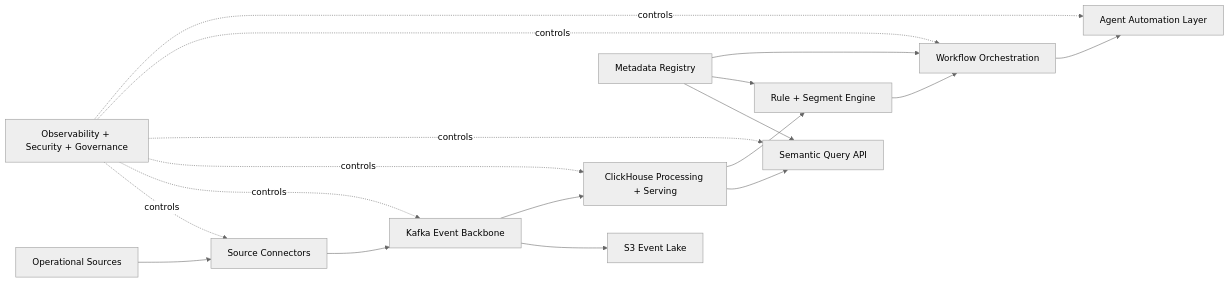
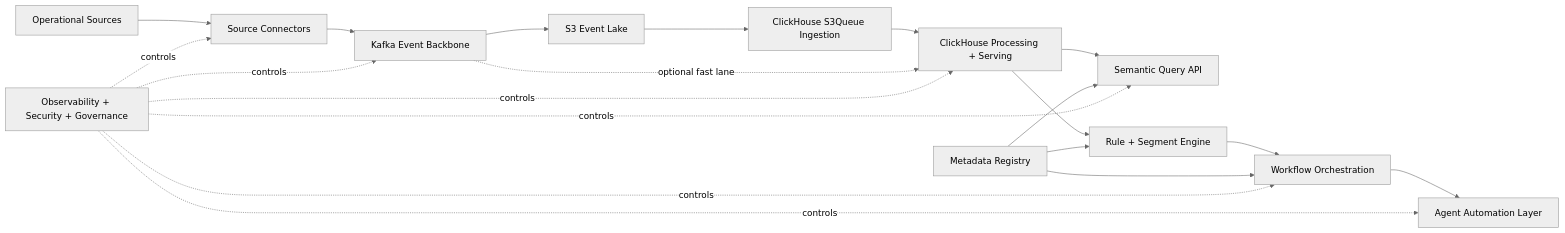
Before and after one commit to harshavardhan-99/-SQL-Engine-: the diagram in docs/lld/README.md, drawn with Mermaid (neutral theme). The commit also changed 6 other files, not shown here.

Commit message:
Update architecture docs for S3Queue consistency-first ingestion

````diff
--- a/docs/lld/README.md
+++ b/docs/lld/README.md
@@ -20,20 +20,22 @@
 ```mermaid
 flowchart LR
   Sources["Operational Sources"] --> Connectors["Source Connectors"]
   Connectors --> Kafka["Kafka Event Backbone"]
   Kafka --> S3["S3 Event Lake"]
-  Kafka --> CH["ClickHouse Processing + Serving"]
+  S3 --> S3Queue["ClickHouse S3Queue Ingestion"]
+  S3Queue --> CH["ClickHouse Processing + Serving"]
+  Kafka -.optional fast lane.-> CH
   CH --> Semantic["Semantic Query API"]
   CH --> RuleSeg["Rule + Segment Engine"]
   RuleSeg --> Workflow["Workflow Orchestration"]
   Workflow --> Agents["Agent Automation Layer"]
   Metadata["Metadata Registry"] --> Semantic
   Metadata --> RuleSeg
   Metadata --> Workflow
   ObsSec["Observability + Security + Governance"] -.controls.-> Connectors
   ObsSec -.controls.-> Kafka
   ObsSec -.controls.-> CH
   ObsSec -.controls.-> Semantic
   ObsSec -.controls.-> Workflow
   ObsSec -.controls.-> Agents
 ```
````
